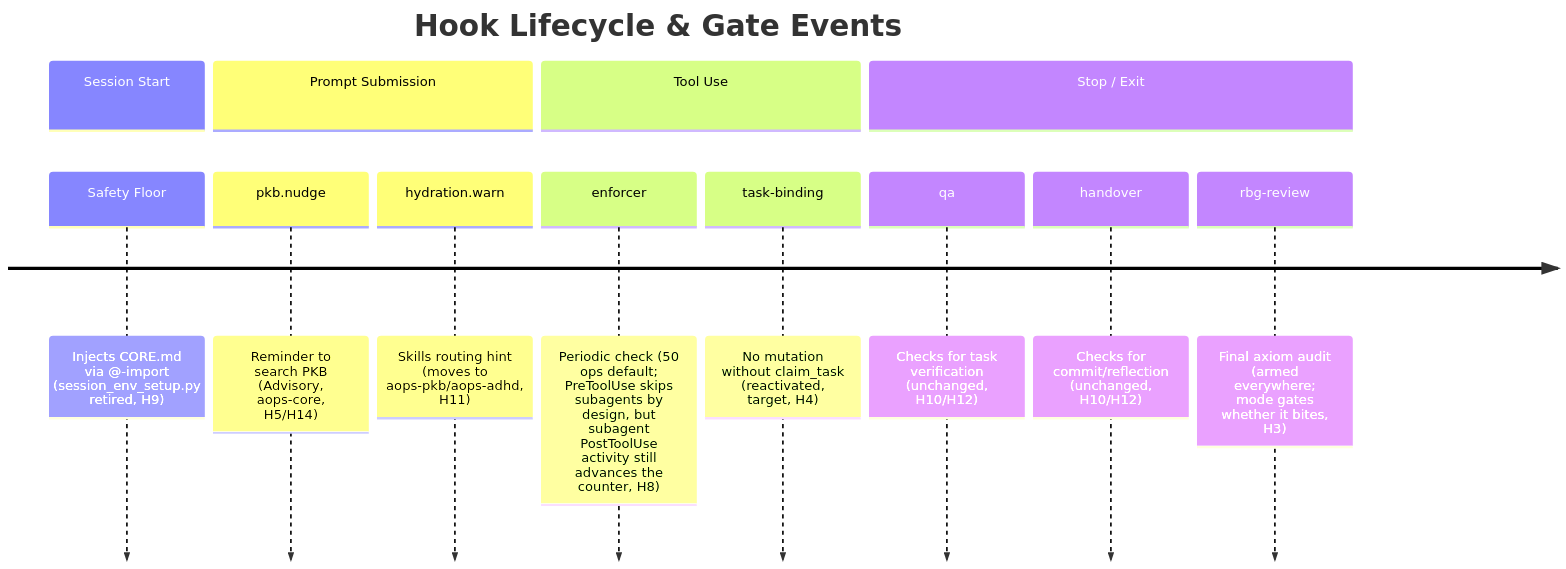
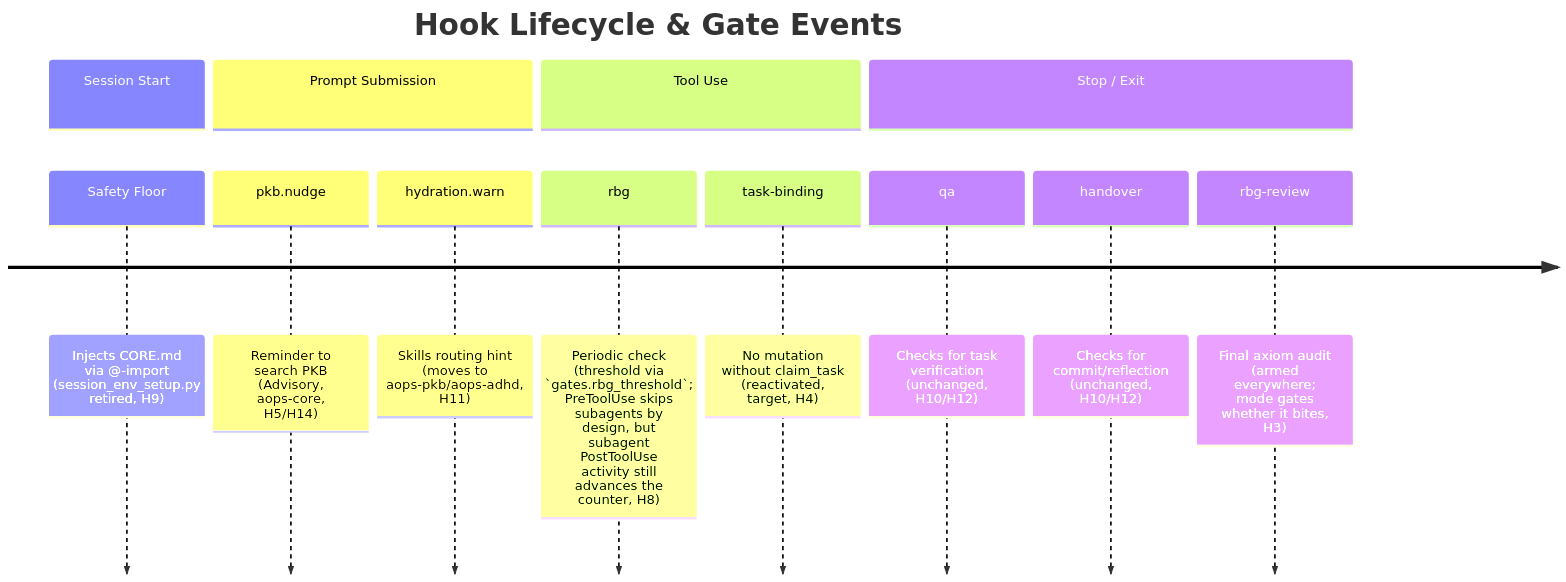
The diagram in specs/enforcement/GATES.md (nicsuzor/academicOps), drawn with Mermaid before and after one commit. The commit also changed other lines of this file and 12 other files, not shown here.

````diff
--- a/specs/enforcement/GATES.md
+++ b/specs/enforcement/GATES.md
@@ -59,16 +71,16 @@
 ```mermaid
 timeline
     title Hook Lifecycle & Gate Events
     section Session Start
         Safety Floor : Injects CORE.md via @-import (session_env_setup.py retired, H9)
     section Prompt Submission
         pkb.nudge : Reminder to search PKB (Advisory, aops-core, H5/H14)
         hydration.warn : Skills routing hint (moves to aops-pkb/aops-adhd, H11)
     section Tool Use
-        enforcer : Periodic check (50 ops default; PreToolUse skips subagents by design, but subagent PostToolUse activity still advances the counter, H8)
+        rbg : Periodic check (threshold via `gates.rbg_threshold`; PreToolUse skips subagents by design, but subagent PostToolUse activity still advances the counter, H8)
         task-binding : No mutation without claim_task (reactivated, target, H4)
     section Stop / Exit
         qa : Checks for task verification (unchanged, H10/H12)
         handover : Checks for commit/reflection (unchanged, H10/H12)
         rbg-review : Final axiom audit (armed everywhere; mode gates whether it bites, H3)
 ```
````
